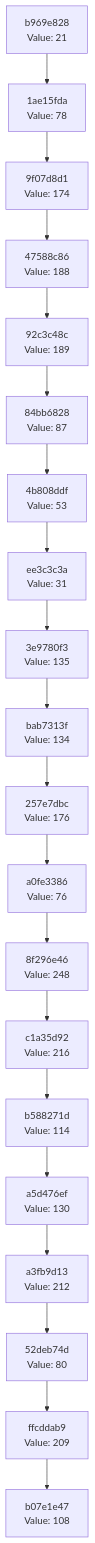
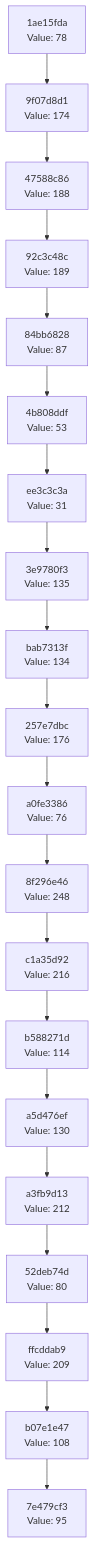
The diagram in docs/CHAIN_VISUALIZATION.md (Abhisheksinha1506/hash-chain-evolver), drawn with Mermaid before and after one commit. The commit also changed 2 other files, not shown here.

Commit message:
Evolution Step

````diff
--- a/docs/CHAIN_VISUALIZATION.md
+++ b/docs/CHAIN_VISUALIZATION.md
@@ -3,42 +3,42 @@
 ```mermaid
 graph TD
-    C0["b07e1e47<br/>Value: 108"]
-    C1["ffcddab9<br/>Value: 209"]
+    C0["7e479cf3<br/>Value: 95"]
+    C1["b07e1e47<br/>Value: 108"]
     C1 --> C0
-    C2["52deb74d<br/>Value: 80"]
+    C2["ffcddab9<br/>Value: 209"]
     C2 --> C1
-    C3["a3fb9d13<br/>Value: 212"]
+    C3["52deb74d<br/>Value: 80"]
     C3 --> C2
-    C4["a5d476ef<br/>Value: 130"]
+    C4["a3fb9d13<br/>Value: 212"]
     C4 --> C3
-    C5["b588271d<br/>Value: 114"]
+    C5["a5d476ef<br/>Value: 130"]
     C5 --> C4
-    C6["c1a35d92<br/>Value: 216"]
+    C6["b588271d<br/>Value: 114"]
     C6 --> C5
-    C7["8f296e46<br/>Value: 248"]
+    C7["c1a35d92<br/>Value: 216"]
     C7 --> C6
-    C8["a0fe3386<br/>Value: 76"]
+    C8["8f296e46<br/>Value: 248"]
     C8 --> C7
-    C9["257e7dbc<br/>Value: 176"]
+    C9["a0fe3386<br/>Value: 76"]
     C9 --> C8
-    C10["bab7313f<br/>Value: 134"]
+    C10["257e7dbc<br/>Value: 176"]
     C10 --> C9
-    C11["3e9780f3<br/>Value: 135"]
+    C11["bab7313f<br/>Value: 134"]
     C11 --> C10
-    C12["ee3c3c3a<br/>Value: 31"]
+    C12["3e9780f3<br/>Value: 135"]
     C12 --> C11
-    C13["4b808ddf<br/>Value: 53"]
+    C13["ee3c3c3a<br/>Value: 31"]
     C13 --> C12
-    C14["84bb6828<br/>Value: 87"]
+    C14["4b808ddf<br/>Value: 53"]
     C14 --> C13
-    C15["92c3c48c<br/>Value: 189"]
+    C15["84bb6828<br/>Value: 87"]
     C15 --> C14
-    C16["47588c86<br/>Value: 188"]
+    C16["92c3c48c<br/>Value: 189"]
     C16 --> C15
-    C17["9f07d8d1<br/>Value: 174"]
+    C17["47588c86<br/>Value: 188"]
     C17 --> C16
-    C18["1ae15fda<br/>Value: 78"]
+    C18["9f07d8d1<br/>Value: 174"]
     C18 --> C17
-    C19["b969e828<br/>Value: 21"]
+    C19["1ae15fda<br/>Value: 78"]
     C19 --> C18
 ```
````
